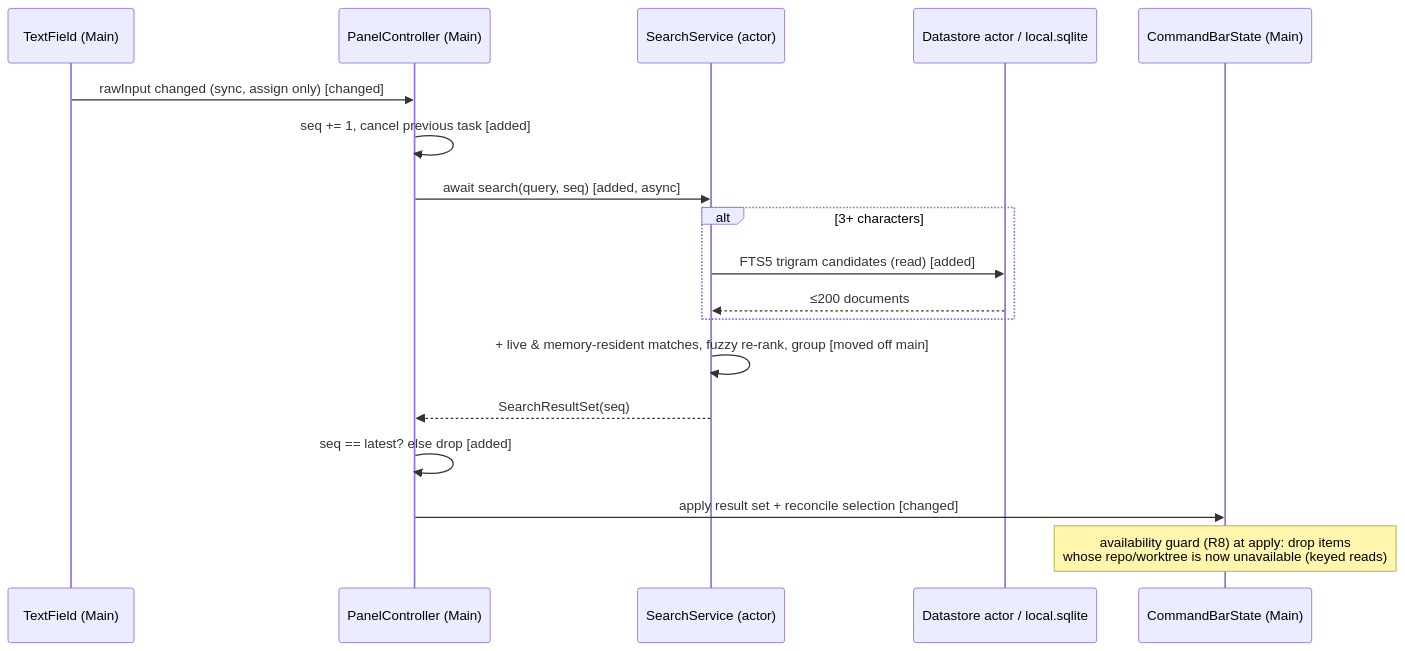
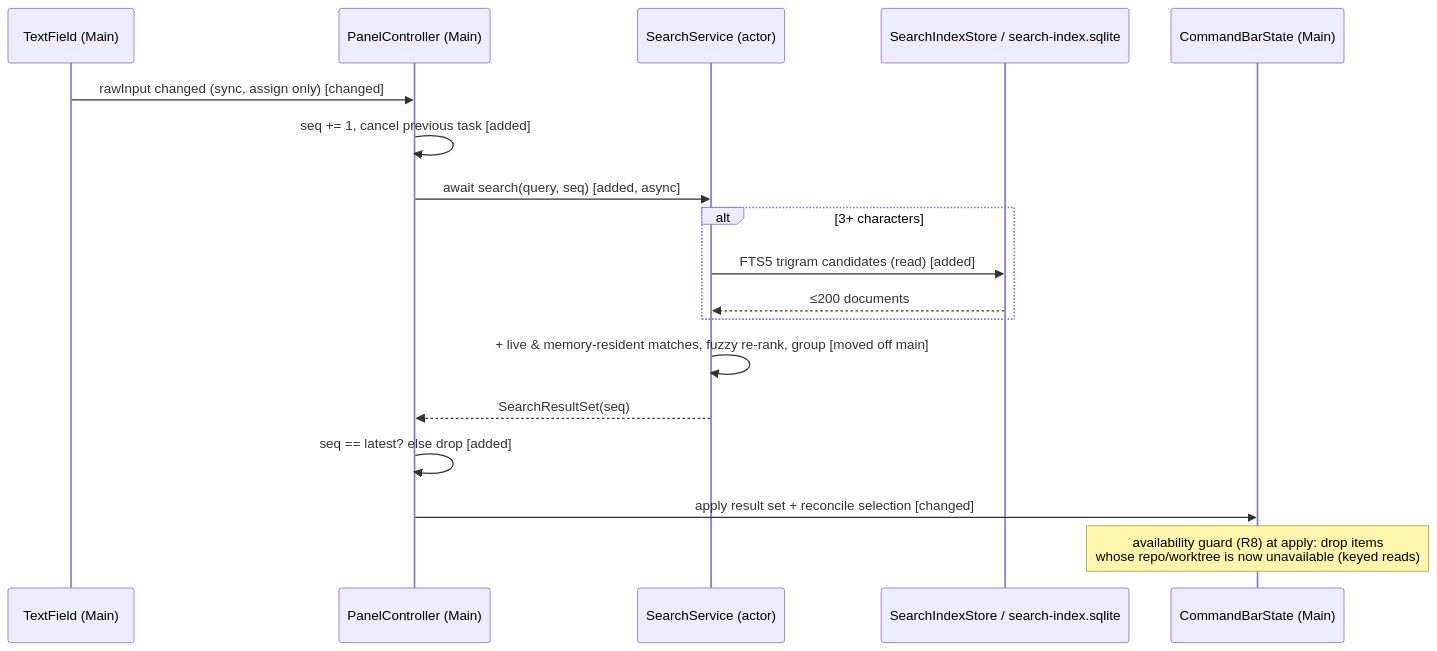
One commit to ShravanSunder/agentstudio changed the third of 5 diagrams in docs/specs/2026-09-26-find-search-service/2026-09-26-find-search-service-program-design.md. Above: the diagram before and after it, drawn with Mermaid. The commit also changed other lines of this file, not shown here.

Commit message:
Keep the Find index in its own rebuildable file with no triggers or enum checks

````diff
--- a/docs/specs/2026-09-26-find-search-service/2026-09-26-find-search-service-program-design.md
+++ b/docs/specs/2026-09-26-find-search-service/2026-09-26-find-search-service-program-design.md
@@ -103,20 +135,20 @@
 ```mermaid
 sequenceDiagram
   participant TF as TextField (Main)
   participant C as PanelController (Main)
   participant S as SearchService (actor)
-  participant D as Datastore actor / local.sqlite
+  participant D as SearchIndexStore / search-index.sqlite
   participant ST as CommandBarState (Main)
   TF->>C: rawInput changed (sync, assign only) [changed]
   C->>C: seq += 1, cancel previous task [added]
   C->>S: await search(query, seq) [added, async]
   alt 3+ characters
     S->>D: FTS5 trigram candidates (read) [added]
     D-->>S: ≤200 documents
   end
   S->>S: + live & memory-resident matches, fuzzy re-rank, group [moved off main]
   S-->>C: SearchResultSet(seq)
   C->>C: seq == latest? else drop [added]
   C->>ST: apply result set + reconcile selection [changed]
   Note over ST: availability guard (R8) at apply: drop items<br/>whose repo/worktree is now unavailable (keyed reads)
 ```
````
